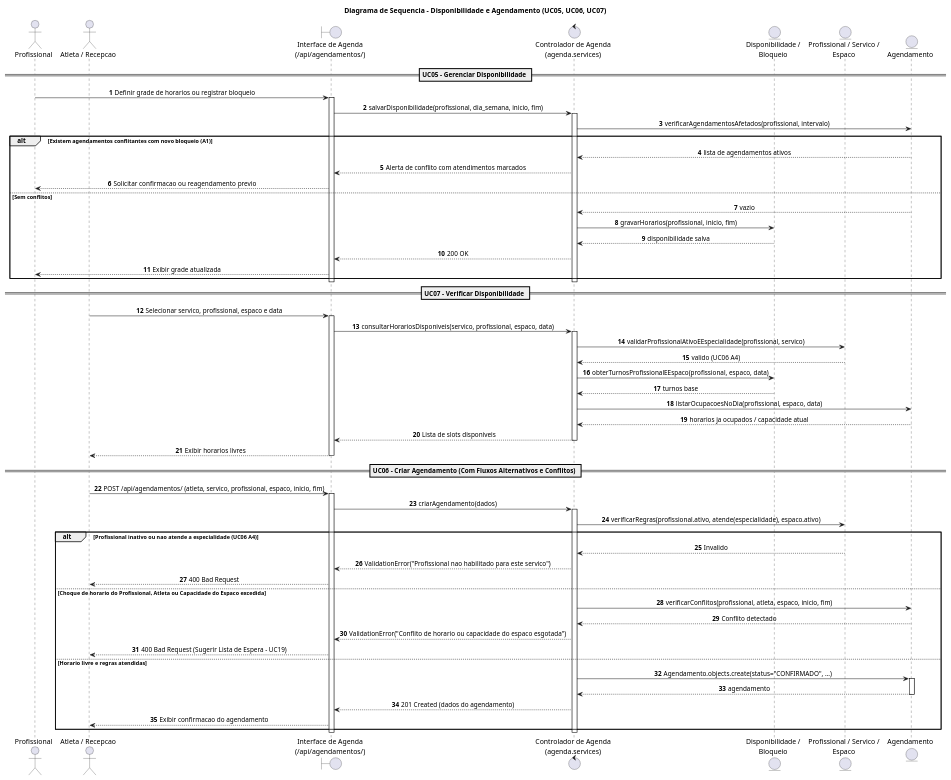
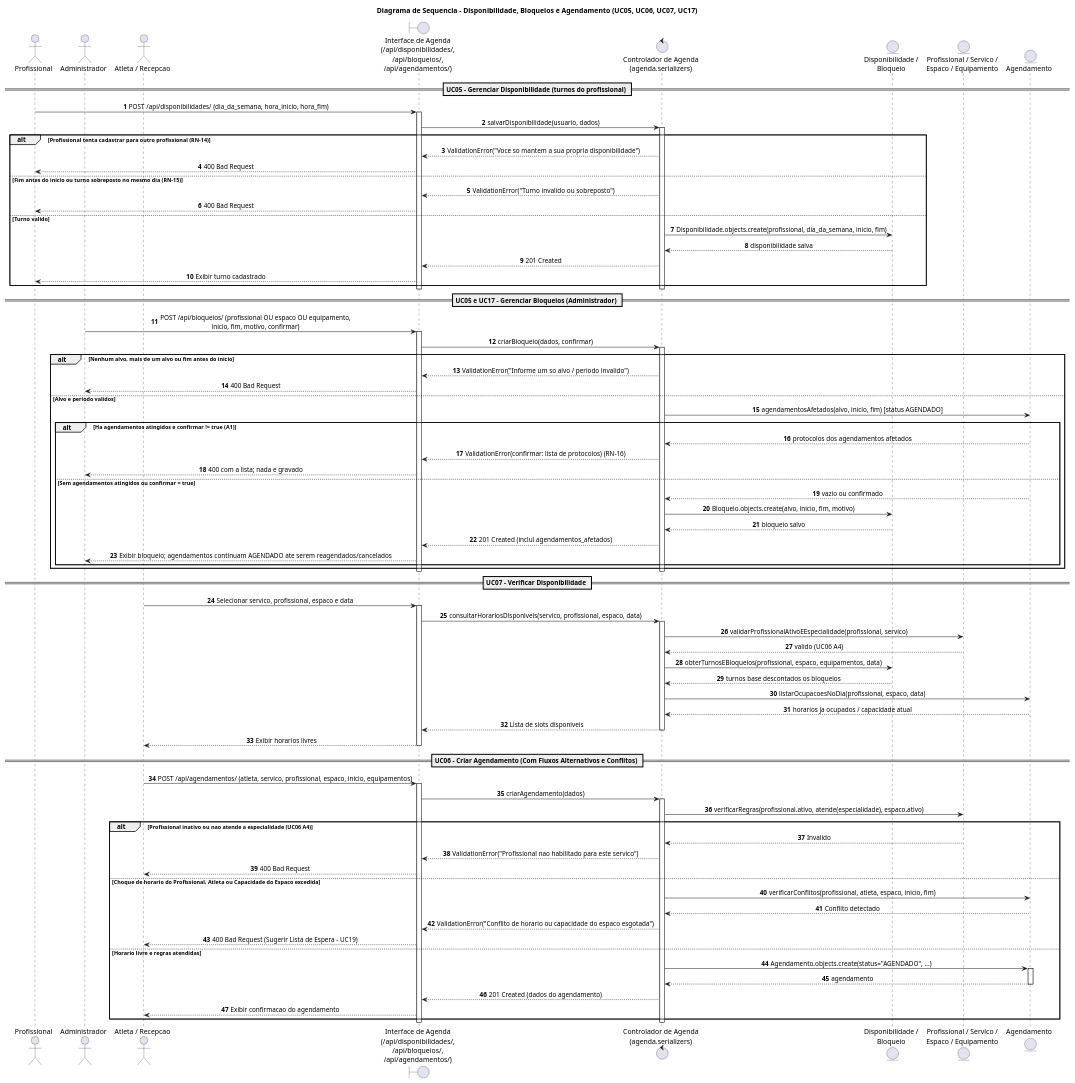
Before and after one commit to Projetos-de-Extensao/PECDII_26.2_8001_II: the diagram in Elaboracao/seq_02_disponibilidade_agendamento.puml, drawn with PlantUML. The commit also changed 5 other files, not shown here.

```diff
--- a/Elaboracao/seq_02_disponibilidade_agendamento.puml
+++ b/Elaboracao/seq_02_disponibilidade_agendamento.puml
@@ -1,76 +1,102 @@
 @startuml seq_02_disponibilidade_agendamento
 autonumber
 skinparam sequenceMessageAlign center
 skinparam responseMessageBelowArrow true
-title Diagrama de Sequencia - Disponibilidade e Agendamento (UC05, UC06, UC07)
+title Diagrama de Sequencia - Disponibilidade, Bloqueios e Agendamento (UC05, UC06, UC07, UC17)
 
 actor "Profissional" as Prof
+actor "Administrador" as Admin
 actor "Atleta / Recepcao" as Cliente
-boundary "Interface de Agenda\n(/api/agendamentos/)" as Boundary
-control "Controlador de Agenda\n(agenda.services)" as Control
+boundary "Interface de Agenda\n(/api/disponibilidades/,\n/api/bloqueios/,\n/api/agendamentos/)" as Boundary
+control "Controlador de Agenda\n(agenda.serializers)" as Control
 entity "Disponibilidade /\nBloqueio" as DispEntity
-entity "Profissional / Servico /\nEspaco" as EstruturaEntity
+entity "Profissional / Servico /\nEspaco / Equipamento" as EstruturaEntity
 entity "Agendamento" as AgEntity
 
-== UC05 - Gerenciar Disponibilidade ==
-Prof -> Boundary : Definir grade de horarios ou registrar bloqueio
+== UC05 - Gerenciar Disponibilidade (turnos do profissional) ==
+Prof -> Boundary : POST /api/disponibilidades/ (dia_da_semana, hora_inicio, hora_fim)
 activate Boundary
-Boundary -> Control : salvarDisponibilidade(profissional, dia_semana, inicio, fim)
+Boundary -> Control : salvarDisponibilidade(usuario, dados)
 activate Control
-Control -> AgEntity : verificarAgendamentosAfetados(profissional, intervalo)
-alt Existem agendamentos conflitantes com novo bloqueio (A1)
-AgEntity --> Control : lista de agendamentos ativos
-Control --> Boundary : Alerta de conflito com atendimentos marcados
-Boundary --> Prof : Solicitar confirmacao ou reagendamento previo
-else Sem conflitos
-AgEntity --> Control : vazio
-Control -> DispEntity : gravarHorarios(profissional, inicio, fim)
+alt Profissional tenta cadastrar para outro profissional (RN-14)
+Control --> Boundary : ValidationError("Voce so mantem a sua propria disponibilidade")
+Boundary --> Prof : 400 Bad Request
+else Fim antes do inicio ou turno sobreposto no mesmo dia (RN-15)
+Control --> Boundary : ValidationError("Turno invalido ou sobreposto")
+Boundary --> Prof : 400 Bad Request
+else Turno valido
+Control -> DispEntity : Disponibilidade.objects.create(profissional, dia_da_semana, inicio, fim)
 DispEntity --> Control : disponibilidade salva
-Control --> Boundary : 200 OK
-Boundary --> Prof : Exibir grade atualizada
+Control --> Boundary : 201 Created
+Boundary --> Prof : Exibir turno cadastrado
+end
+deactivate Control
+deactivate Boundary
+
+== UC05 e UC17 - Gerenciar Bloqueios (Administrador) ==
+Admin -> Boundary : POST /api/bloqueios/ (profissional OU espaco OU equipamento,\ninicio, fim, motivo, confirmar)
+activate Boundary
+Boundary -> Control : criarBloqueio(dados, confirmar)
+activate Control
+alt Nenhum alvo, mais de um alvo ou fim antes do inicio
+Control --> Boundary : ValidationError("Informe um so alvo / periodo invalido")
+Boundary --> Admin : 400 Bad Request
+else Alvo e periodo validos
+Control -> AgEntity : agendamentosAfetados(alvo, inicio, fim) [status AGENDADO]
+alt Ha agendamentos atingidos e confirmar != true (A1)
+AgEntity --> Control : protocolos dos agendamentos afetados
+Control --> Boundary : ValidationError(confirmar: lista de protocolos) (RN-16)
+Boundary --> Admin : 400 com a lista; nada e gravado
+else Sem agendamentos atingidos ou confirmar = true
+AgEntity --> Control : vazio ou confirmado
+Control -> DispEntity : Bloqueio.objects.create(alvo, inicio, fim, motivo)
+DispEntity --> Control : bloqueio salvo
+Control --> Boundary : 201 Created (inclui agendamentos_afetados)
+Boundary --> Admin : Exibir bloqueio; agendamentos continuam AGENDADO ate serem reagendados/cancelados
+end
 end
 deactivate Control
 deactivate Boundary
 
 == UC07 - Verificar Disponibilidade ==
 Cliente -> Boundary : Selecionar servico, profissional, espaco e data
 activate Boundary
 Boundary -> Control : consultarHorariosDisponiveis(servico, profissional, espaco, data)
 activate Control
 Control -> EstruturaEntity : validarProfissionalAtivoEEspecialidade(profissional, servico)
 EstruturaEntity --> Control : valido (UC06 A4)
-Control -> DispEntity : obterTurnosProfissionalEEspaco(profissional, espaco, data)
-DispEntity --> Control : turnos base
+Control -> DispEntity : obterTurnosEBloqueios(profissional, espaco, equipamentos, data)
+DispEntity --> Control : turnos base descontados os bloqueios
 Control -> AgEntity : listarOcupacoesNoDia(profissional, espaco, data)
 AgEntity --> Control : horarios ja ocupados / capacidade atual
 Control --> Boundary : Lista de slots disponiveis
 deactivate Control
 Boundary --> Cliente : Exibir horarios livres
 deactivate Boundary
 
 == UC06 - Criar Agendamento (Com Fluxos Alternativos e Conflitos) ==
-Cliente -> Boundary : POST /api/agendamentos/ (atleta, servico, profissional, espaco, inicio, fim)
+Cliente -> Boundary : POST /api/agendamentos/ (atleta, servico, profissional, espaco, inicio, equipamentos)
 activate Boundary
 Boundary -> Control : criarAgendamento(dados)
 activate Control
 Control -> EstruturaEntity : verificarRegras(profissional.ativo, atende(especialidade), espaco.ativo)
 alt Profissional inativo ou nao atende a especialidade (UC06 A4)
 EstruturaEntity --> Control : Invalido
 Control --> Boundary : ValidationError("Profissional nao habilitado para este servico")
 Boundary --> Cliente : 400 Bad Request
 else Choque de horario do Profissional, Atleta ou Capacidade do Espaco excedida
 Control -> AgEntity : verificarConflitos(profissional, atleta, espaco, inicio, fim)
 AgEntity --> Control : Conflito detectado
 Control --> Boundary : ValidationError("Conflito de horario ou capacidade do espaco esgotada")
 Boundary --> Cliente : 400 Bad Request (Sugerir Lista de Espera - UC19)
 else Horario livre e regras atendidas
-Control -> AgEntity : Agendamento.objects.create(status="CONFIRMADO", ...)
+Control -> AgEntity : Agendamento.objects.create(status="AGENDADO", ...)
 activate AgEntity
 AgEntity --> Control : agendamento
 deactivate AgEntity
 Control --> Boundary : 201 Created (dados do agendamento)
 Boundary --> Cliente : Exibir confirmacao do agendamento
 end
 deactivate Control
 deactivate Boundary
 @enduml
```
